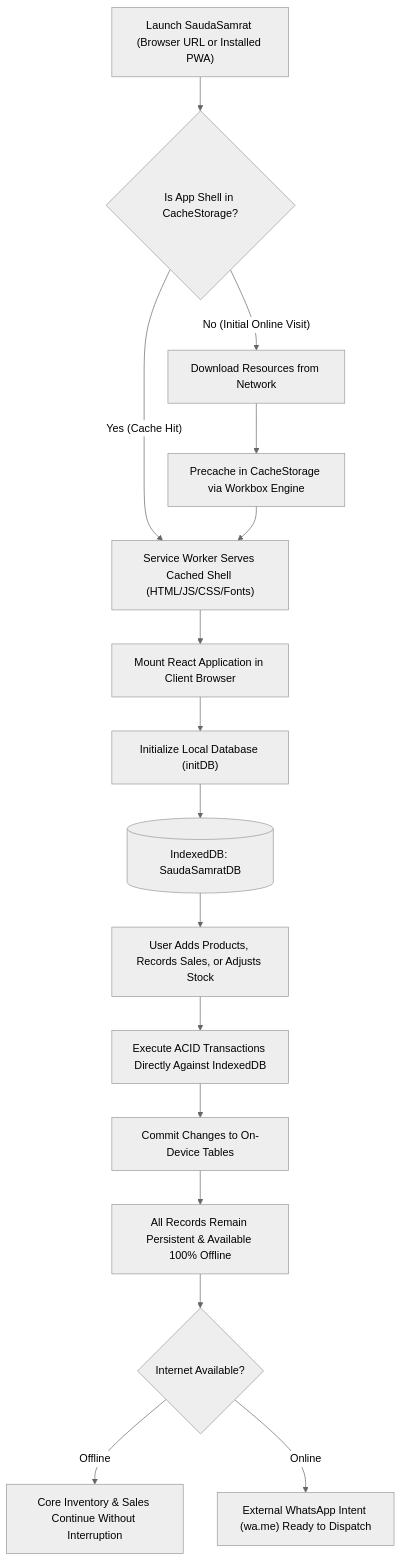
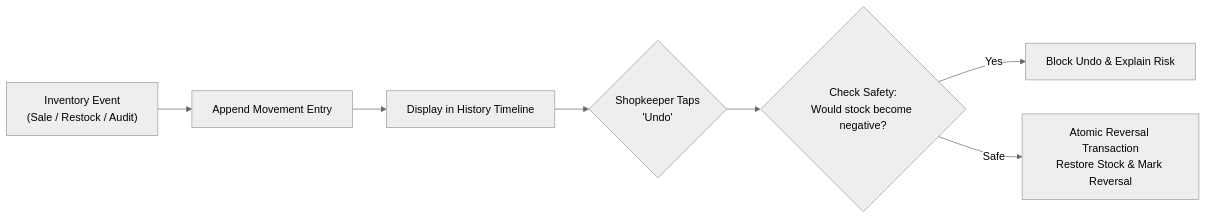
Before and after one commit to tiwari-priyanshu05/SaudaSamrat: the fifth of 7 diagrams in README.md, drawn with Mermaid (neutral theme). The commit also changed other lines of this file and 76 other files, not shown here.

Commit message:
feat: complete SaudaSamrat offline kirana inventory PWA with Modern Indian Retail UI, 9 phases & 169 tests

````diff
--- a/README.md
+++ b/README.md
@@ -300,22 +232,9 @@
 ```mermaid
-flowchart TD
-    A["Launch SaudaSamrat (Browser URL or Installed PWA)"] --> B{"Is App Shell in CacheStorage?"}
-    
-    B -- "Yes (Cache Hit)" --> C["Service Worker Serves Cached Shell (HTML/JS/CSS/Fonts)"]
-    B -- "No (Initial Online Visit)" --> D["Download Resources from Network"]
-    D --> E["Precache in CacheStorage via Workbox Engine"]
-    E --> C
-
-    C --> F["Mount React Application in Client Browser"]
-    F --> G["Initialize Local Database (initDB)"]
-    G --> H[("IndexedDB: SaudaSamratDB")]
-
-    H --> I["User Adds Products, Records Sales, or Adjusts Stock"]
-    I --> J["Execute ACID Transactions Directly Against IndexedDB"]
-    J --> K["Commit Changes to On-Device Tables"]
-    K --> L["All Records Remain Persistent & Available 100% Offline"]
-
-    L --> M{"Internet Available?"}
-    M -- "Offline" --> N["Core Inventory & Sales Continue Without Interruption"]
-    M -- "Online" --> O["External WhatsApp Intent (wa.me) Ready to Dispatch"]
+flowchart LR
+    A["Inventory Event\n(Sale / Restock / Audit)"] --> B["Append Movement Entry"]
+    B --> C["Display in History Timeline"]
+    C --> D{"Shopkeeper Taps\n'Undo'"}
+    D --> E{"Check Safety:\nWould stock become negative?"}
+    E -- "Yes" --> F["Block Undo & Explain Risk"]
+    E -- "Safe" --> G["Atomic Reversal Transaction\nRestore Stock & Mark Reversal"]
 ```
````
